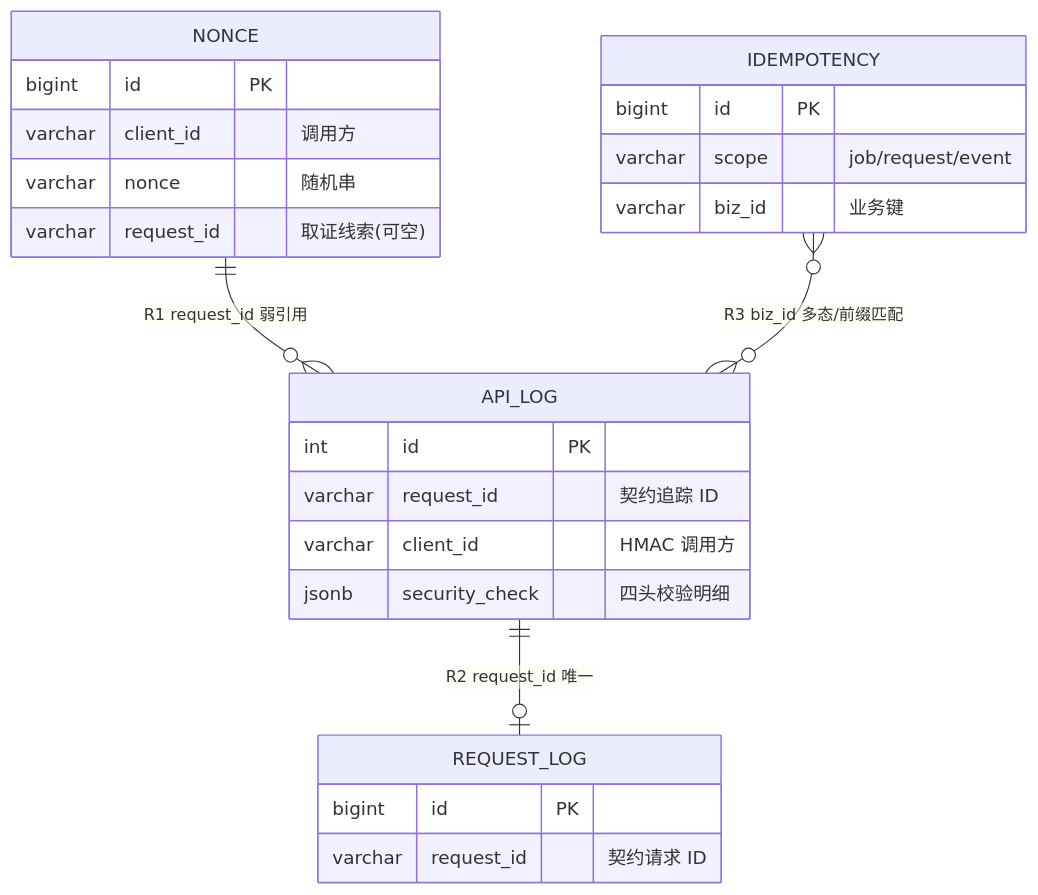
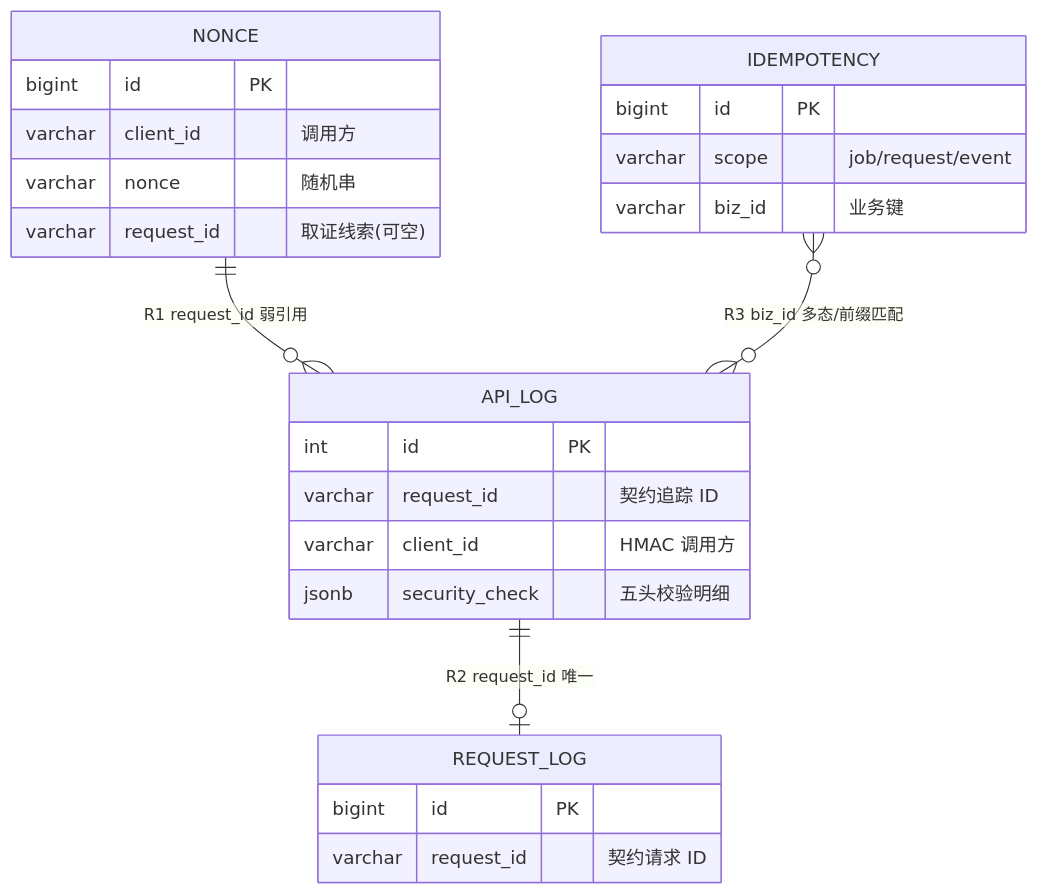
The first of 2 diagrams in 00-document/05-服务大脑AI项目功能模块说明文档/02-日志审计与接入追踪/02-数据模型与表关系.md (pmozx/destlive.yidatec.azbrainagentservice), drawn with Mermaid before and after one commit. The commit also changed other lines of this file and 133 other files, not shown here.

````diff
--- a/00-document/05-服务大脑AI项目功能模块说明文档/02-日志审计与接入追踪/02-数据模型与表关系.md
+++ b/00-document/05-服务大脑AI项目功能模块说明文档/02-日志审计与接入追踪/02-数据模型与表关系.md
@@ -37,28 +37,28 @@
 ```mermaid
 erDiagram
     NONCE ||--o{ API_LOG : "R1 request_id 弱引用"
     API_LOG ||--o| REQUEST_LOG : "R2 request_id 唯一"
     IDEMPOTENCY }o--o{ API_LOG : "R3 biz_id 多态/前缀匹配"
 
     API_LOG {
         int id PK
         varchar request_id "契约追踪 ID"
         varchar client_id "HMAC 调用方"
-        jsonb security_check "四头校验明细"
+        jsonb security_check "五头校验明细"
     }
     NONCE {
         bigint id PK
         varchar client_id "调用方"
         varchar nonce "随机串"
         varchar request_id "取证线索(可空)"
     }
     IDEMPOTENCY {
         bigint id PK
         varchar scope "job/request/event"
         varchar biz_id "业务键"
     }
     REQUEST_LOG {
         bigint id PK
         varchar request_id "契约请求 ID"
     }
 ```
````
